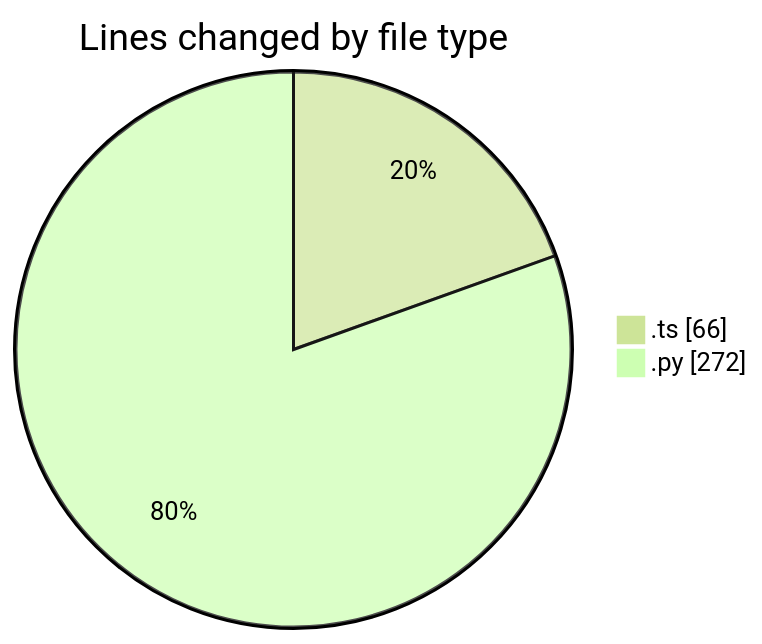
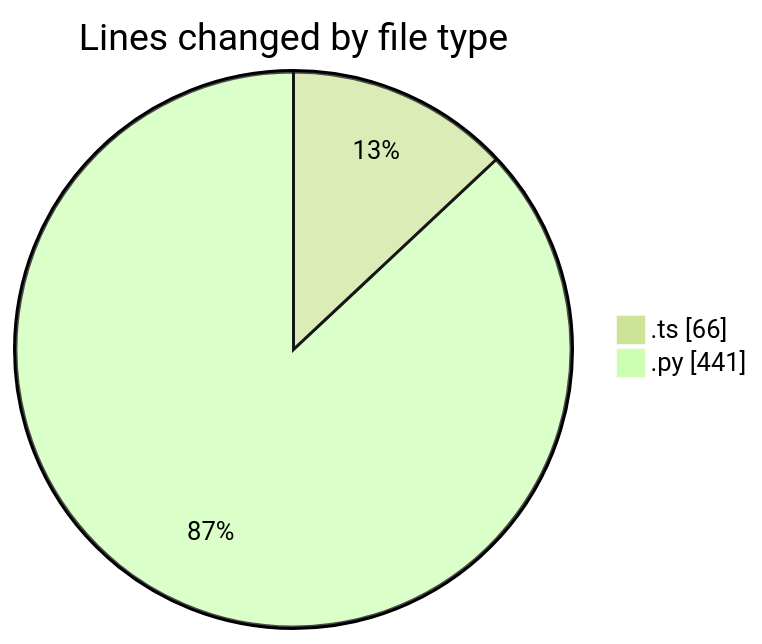
Before and after one commit to Elitesun/code-tracking: the first of 2 diagrams in 2025-05-19/niten/README.md, drawn with Mermaid (forest theme). The commit also changed other lines of this file and 1 other file, not shown here.

````diff
--- a/2025-05-19/niten/README.md
+++ b/2025-05-19/niten/README.md
@@ -22,6 +24,6 @@
 ```mermaid
 pie showData
 title Lines changed by file type
 ".ts" : 66
-".py" : 272
+".py" : 441
 ```
````
